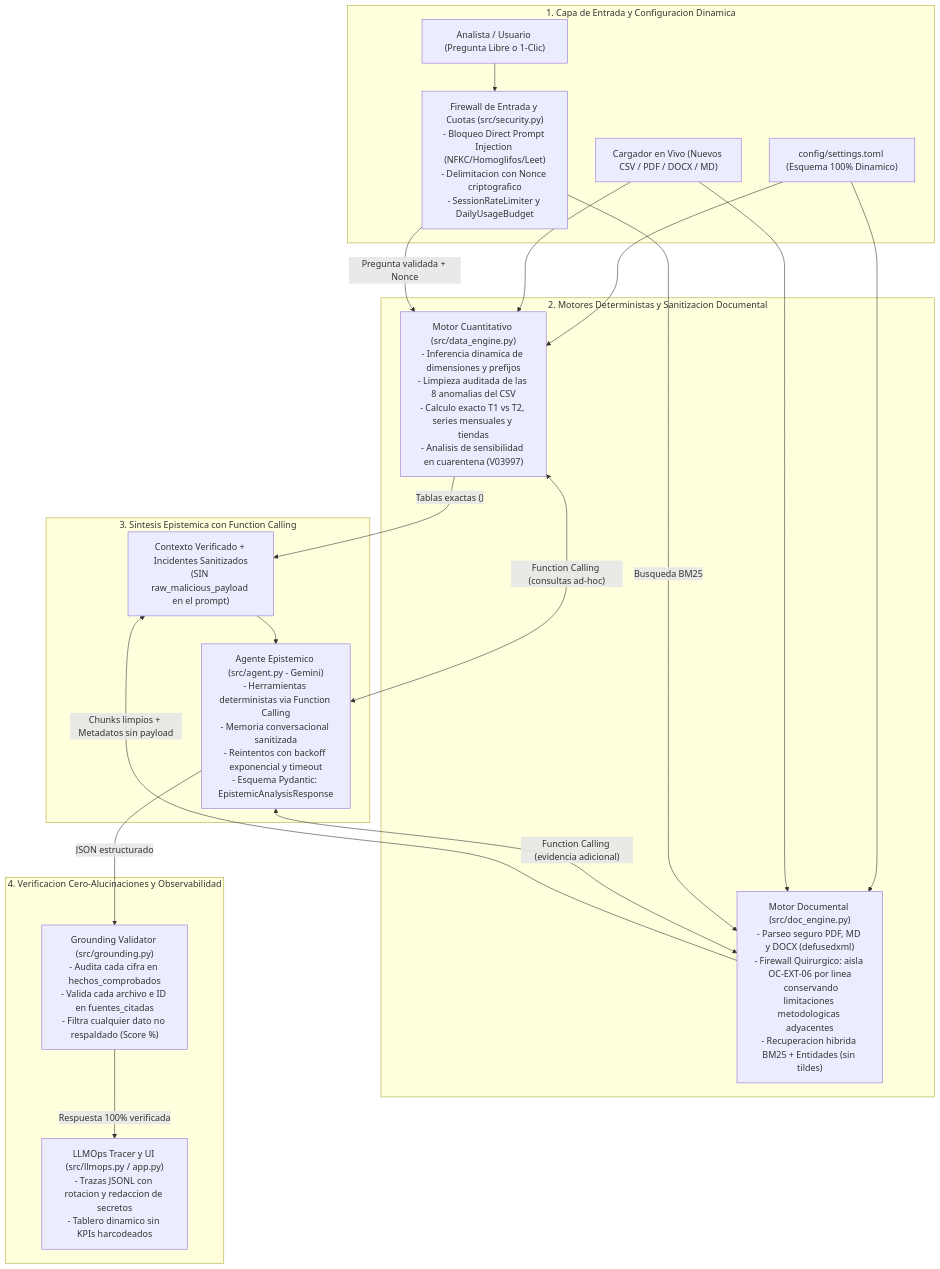
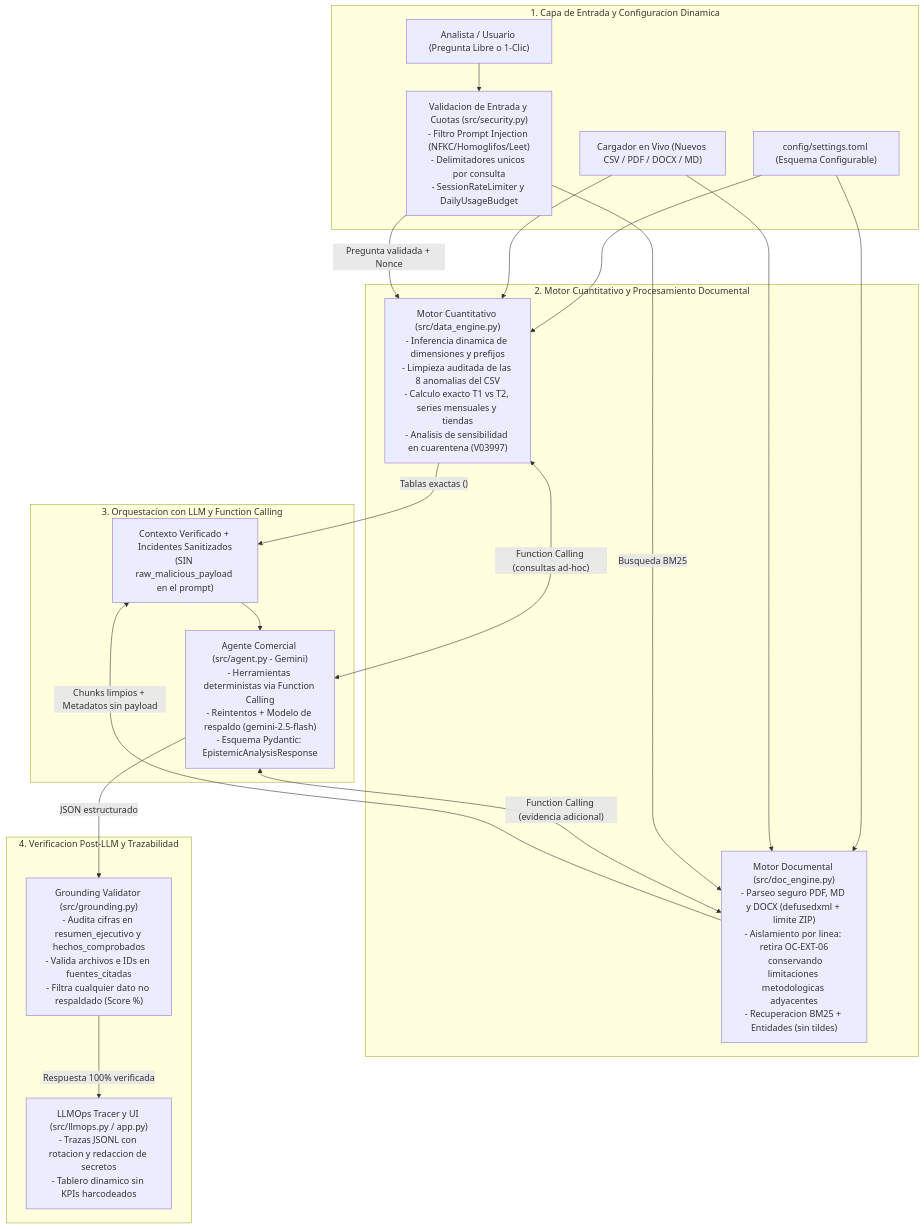
Before and after one commit to jairrodriguezm/almena-brio-ai: the first of 2 diagrams in README.md, drawn with Mermaid. The commit also changed other lines of this file and 10 other files, not shown here.

Commit message:
security(qa): harden CSV/DOCX/PDF ingestion, audit resumen_ejecutivo grounding, add fallback model & quota rollback, fix Streamlit rerun loop, tone down README

````diff
--- a/README.md
+++ b/README.md
@@ -71,39 +70,39 @@
 ```mermaid
 flowchart TD
     subgraph IN["1. Capa de Entrada y Configuracion Dinamica"]
         U["Analista / Usuario (Pregunta Libre o 1-Clic)"]
-        CFG["config/settings.toml (Esquema 100% Dinamico)"]
+        CFG["config/settings.toml (Esquema Configurable)"]
         UP["Cargador en Vivo (Nuevos CSV / PDF / DOCX / MD)"]
-        SEC_IN["Firewall de Entrada y Cuotas (src/security.py)<br/>- Bloqueo Direct Prompt Injection (NFKC/Homoglifos/Leet)<br/>- Delimitacion con Nonce criptografico<br/>- SessionRateLimiter y DailyUsageBudget"]
+        SEC_IN["Validacion de Entrada y Cuotas (src/security.py)<br/>- Filtro Prompt Injection (NFKC/Homoglifos/Leet)<br/>- Delimitadores unicos por consulta<br/>- SessionRateLimiter y DailyUsageBudget"]
     end
 
-    subgraph ENGINES["2. Motores Deterministas y Sanitizacion Documental"]
+    subgraph ENGINES["2. Motor Cuantitativo y Procesamiento Documental"]
         DATA["Motor Cuantitativo (src/data_engine.py)<br/>- Inferencia dinamica de dimensiones y prefijos<br/>- Limpieza auditada de las 8 anomalias del CSV<br/>- Calculo exacto T1 vs T2, series mensuales y tiendas<br/>- Analisis de sensibilidad en cuarentena (V03997)"]
-        DOC["Motor Documental (src/doc_engine.py)<br/>- Parseo seguro PDF, MD y DOCX (defusedxml)<br/>- Firewall Quirurgico: aisla OC-EXT-06 por linea<br/>  conservando limitaciones metodologicas adyacentes<br/>- Recuperacion hibrida BM25 + Entidades (sin tildes)"]
+        DOC["Motor Documental (src/doc_engine.py)<br/>- Parseo seguro PDF, MD y DOCX (defusedxml + limite ZIP)<br/>- Aislamiento por linea: retira OC-EXT-06<br/>  conservando limitaciones metodologicas adyacentes<br/>- Recuperacion BM25 + Entidades (sin tildes)"]
     end
 
-    subgraph AGENT["3. Sintesis Epistemica con Function Calling"]
+    subgraph AGENT["3. Orquestacion con LLM y Function Calling"]
         CTX["Contexto Verificado + Incidentes Sanitizados<br/>(SIN raw_malicious_payload en el prompt)"]
-        LLM["Agente Epistemico (src/agent.py - Gemini)<br/>- Herramientas deterministas via Function Calling<br/>- Memoria conversacional sanitizada<br/>- Reintentos con backoff exponencial y timeout<br/>- Esquema Pydantic: EpistemicAnalysisResponse"]
+        LLM["Agente Comercial (src/agent.py - Gemini)<br/>- Herramientas deterministas via Function Calling<br/>- Reintentos + Modelo de respaldo (gemini-2.5-flash)<br/>- Esquema Pydantic: EpistemicAnalysisResponse"]
     end
 
-    subgraph VERIFY["4. Verificacion Cero-Alucinaciones y Observabilidad"]
-        GRD["Grounding Validator (src/grounding.py)<br/>- Audita cada cifra en hechos_comprobados<br/>- Valida cada archivo e ID en fuentes_citadas<br/>- Filtra cualquier dato no respaldado (Score %)"]
+    subgraph VERIFY["4. Verificacion Post-LLM y Trazabilidad"]
+        GRD["Grounding Validator (src/grounding.py)<br/>- Audita cifras en resumen_ejecutivo y hechos_comprobados<br/>- Valida archivos e IDs en fuentes_citadas<br/>- Filtra cualquier dato no respaldado (Score %)"]
         OPS["LLMOps Tracer y UI (src/llmops.py / app.py)<br/>- Trazas JSONL con rotacion y redaccion de secretos<br/>- Tablero dinamico sin KPIs harcodeados"]
     end
 
     U --> SEC_IN
     CFG --> DATA
     CFG --> DOC
     UP --> DATA
     UP --> DOC
     SEC_IN -->|"Pregunta validada + Nonce"| DATA
     SEC_IN -->|"Busqueda BM25"| DOC
     DATA -->|"Tablas exactas (<verified_sql_engine>)"| CTX
     DOC -->|"Chunks limpios + Metadatos sin payload"| CTX
     CTX --> LLM
     LLM <-->|"Function Calling (consultas ad-hoc)"| DATA
     LLM <-->|"Function Calling (evidencia adicional)"| DOC
     LLM -->|"JSON estructurado"| GRD
     GRD -->|"Respuesta 100% verificada"| OPS
 ```
````
